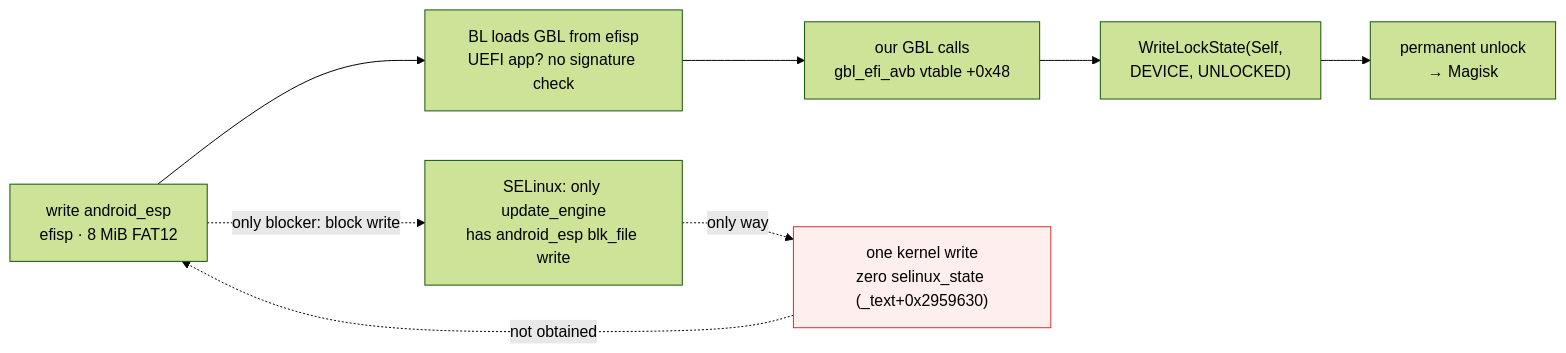
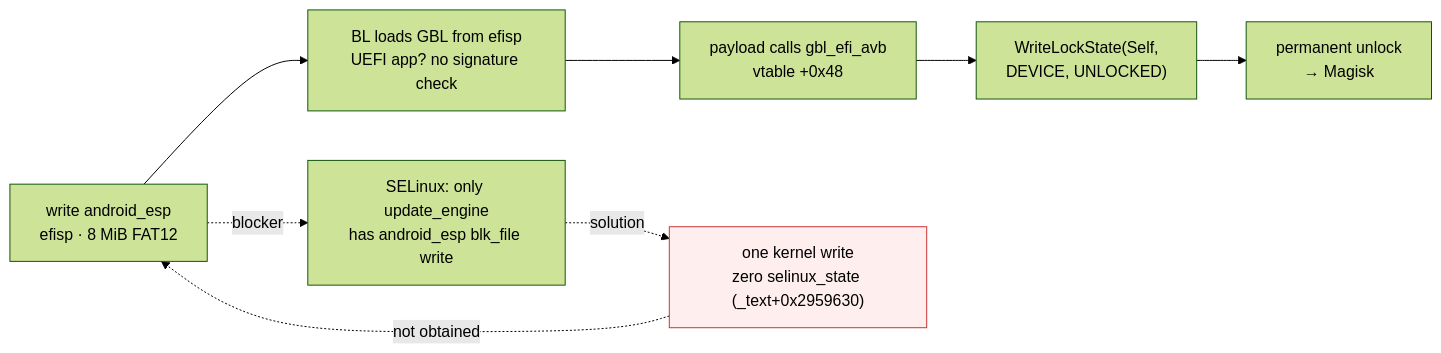
The diagram in README.en.md (Ronnie15143/lhasa-research), drawn with Mermaid (forest theme) before and after one commit. The commit also changed other lines of this file and 6 other files, not shown here.

````diff
--- a/README.en.md
+++ b/README.en.md
@@ -14,11 +32,11 @@
 ```mermaid
 flowchart LR
     A["write android_esp<br/>efisp · 8 MiB FAT12"] --> B["BL loads GBL from efisp<br/>UEFI app? no signature check"]
-    B --> C["our GBL calls<br/>gbl_efi_avb vtable +0x48"]
+    B --> C["payload calls gbl_efi_avb<br/>vtable +0x48"]
     C --> D["WriteLockState(Self,<br/>DEVICE, UNLOCKED)"]
     D --> E["permanent unlock<br/>→ Magisk"]
-    A -. "only blocker: block write" .-> F["SELinux: only update_engine<br/>has android_esp blk_file write"]
-    F -. "only way" .-> G["one kernel write<br/>zero selinux_state (_text+0x2959630)"]
+    A -. "blocker" .-> F["SELinux: only update_engine<br/>has android_esp blk_file write"]
+    F -. "solution" .-> G["one kernel write<br/>zero selinux_state (_text+0x2959630)"]
     G -. "not obtained" .-> A
     style G fill:#fee,stroke:#c33
 ```
````
